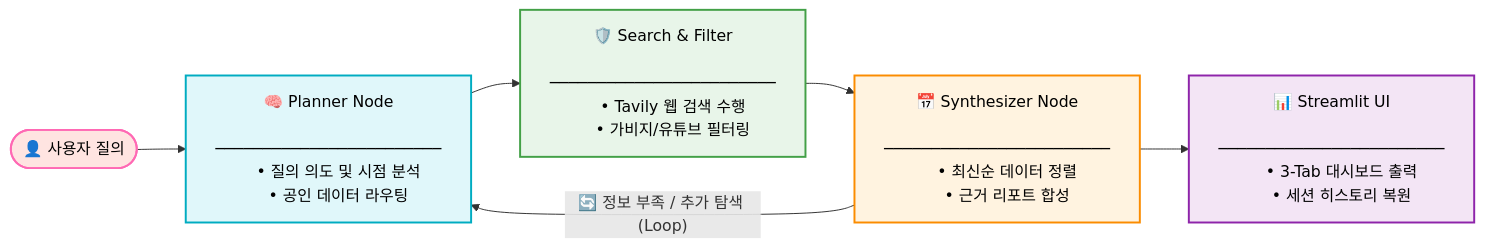
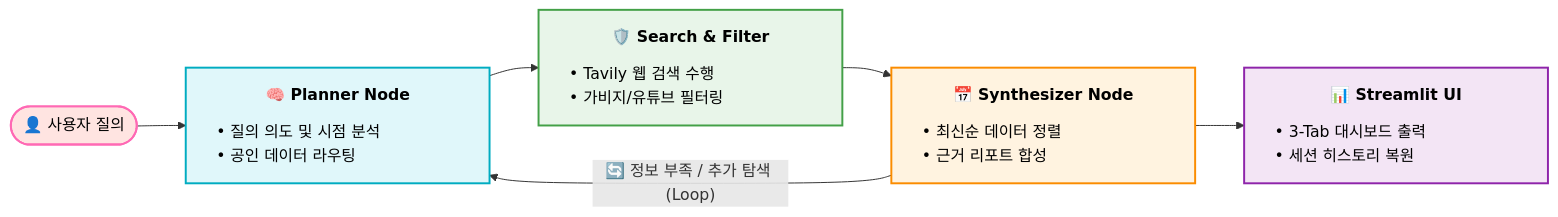
Before and after one commit to sbg990530/Document-Agent: the diagram in README.md, drawn with Mermaid.

````diff
--- a/README.md
+++ b/README.md
@@ -19,39 +19,27 @@
 ```mermaid
 graph LR
     classDef userStyle fill:#FFE4E1,stroke:#FF69B4,stroke-width:2px,color:#000;
     classDef plannerStyle fill:#E0F7FA,stroke:#00ACC1,stroke-width:2px,color:#000;
     classDef filterStyle fill:#E8F5E9,stroke:#43A047,stroke-width:2px,color:#000;
     classDef synthStyle fill:#FFF3E0,stroke:#FB8C00,stroke-width:2px,color:#000;
     classDef uiStyle fill:#F3E5F5,stroke:#8E24AA,stroke-width:2px,color:#000;
 
     A([👤 사용자 질의]):::userStyle 
     
-    B["&nbsp;&nbsp;&nbsp;&nbsp;🧠 Planner Node&nbsp;&nbsp;&nbsp;&nbsp;
-    ────────────────────────
-    &nbsp;• 질의 의도 및 시점 분석&nbsp;
-    &nbsp;• 공인 데이터 라우팅&nbsp;"]:::plannerStyle
+    B["<table style='min-width: 250px; border-collapse: collapse; margin: 0 auto;'><tr><td align='center' style='padding-bottom: 6px;'><b>🧠 Planner Node</b></td></tr><tr><td style='border-top: 1px solid #00ACC1; padding-top: 8px; text-align: left;'>• 질의 의도 및 시점 분석<br/>• 공인 데이터 라우팅</td></tr></table>"]:::plannerStyle
     
-    C["&nbsp;&nbsp;&nbsp;&nbsp;🛡️ Search & Filter&nbsp;&nbsp;&nbsp;&nbsp;
-    ────────────────────────
-    &nbsp;• Tavily 웹 검색 수행&nbsp;
-    &nbsp;• 가비지/유튜브 필터링&nbsp;"]:::filterStyle
+    C["<table style='min-width: 250px; border-collapse: collapse; margin: 0 auto;'><tr><td align='center' style='padding-bottom: 6px;'><b>🛡️ Search & Filter</b></td></tr><tr><td style='border-top: 1px solid #43A047; padding-top: 8px; text-align: left;'>• Tavily 웹 검색 수행<br/>• 가비지/유튜브 필터링</td></tr></table>"]:::filterStyle
     
-    D["&nbsp;&nbsp;&nbsp;&nbsp;📅 Synthesizer Node&nbsp;&nbsp;&nbsp;&nbsp;
-    ────────────────────────
-    &nbsp;• 최신순 데이터 정렬&nbsp;
-    &nbsp;• 근거 리포트 합성&nbsp;"]:::synthStyle
+    D["<table style='min-width: 250px; border-collapse: collapse; margin: 0 auto;'><tr><td align='center' style='padding-bottom: 6px;'><b>📅 Synthesizer Node</b></td></tr><tr><td style='border-top: 1px solid #FB8C00; padding-top: 8px; text-align: left;'>• 최신순 데이터 정렬<br/>• 근거 리포트 합성</td></tr></table>"]:::synthStyle
     
-    E["&nbsp;&nbsp;&nbsp;&nbsp;📊 Streamlit UI&nbsp;&nbsp;&nbsp;&nbsp;
-    ────────────────────────
-    &nbsp;• 3-Tab 대시보드 출력&nbsp;
-    &nbsp;• 세션 히스토리 복원&nbsp;"]:::uiStyle
+    E["<table style='min-width: 250px; border-collapse: collapse; margin: 0 auto;'><tr><td align='center' style='padding-bottom: 6px;'><b>📊 Streamlit UI</b></td></tr><tr><td style='border-top: 1px solid #8E24AA; padding-top: 8px; text-align: left;'>• 3-Tab 대시보드 출력<br/>• 세션 히스토리 복원</td></tr></table>"]:::uiStyle
 
     %% 정방향 파이프라인 흐름
     A --> B
     B --> C
     C --> D
     D --> E
     
     %% LangGraph 피드백 루프
     D -- "🔄 정보 부족 / 추가 탐색 (Loop)" --> B
 ```
````
